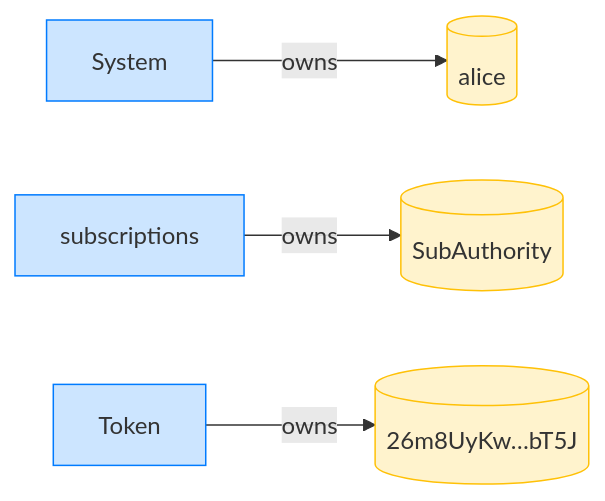
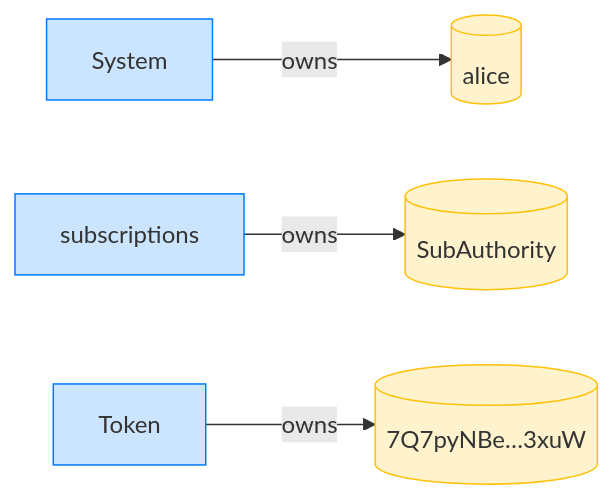
One commit to cds-rs/subscriptions changed the fourth of 12 diagrams in dsl_tests/recurring-transfer-rejects-a-non-canonical-source.md. Above: the diagram before and after it, drawn with Mermaid. The commit also changed other lines of this file and 224 other files, not shown here.

````diff
--- a/dsl_tests/recurring-transfer-rejects-a-non-canonical-source.md
+++ b/dsl_tests/recurring-transfer-rejects-a-non-canonical-source.md
@@ -73,14 +78,14 @@
 ```mermaid
 flowchart LR
     classDef owner fill:#cce5ff,stroke:#007bff;
     classDef account fill:#fff3cd,stroke:#ffc107;
     System[System]:::owner
     alice[(alice)]:::account
     subscriptions[subscriptions]:::owner
     SubAuthority[(SubAuthority)]:::account
     Token[Token]:::owner
-    26m8UyKw_bT5J[("26m8UyKw…bT5J")]:::account
+    7Q7pyNBe_3xuW[("7Q7pyNBe…3xuW")]:::account
     System -->|owns| alice
     subscriptions -->|owns| SubAuthority
-    Token -->|owns| 26m8UyKw_bT5J
+    Token -->|owns| 7Q7pyNBe_3xuW
 ```
````
